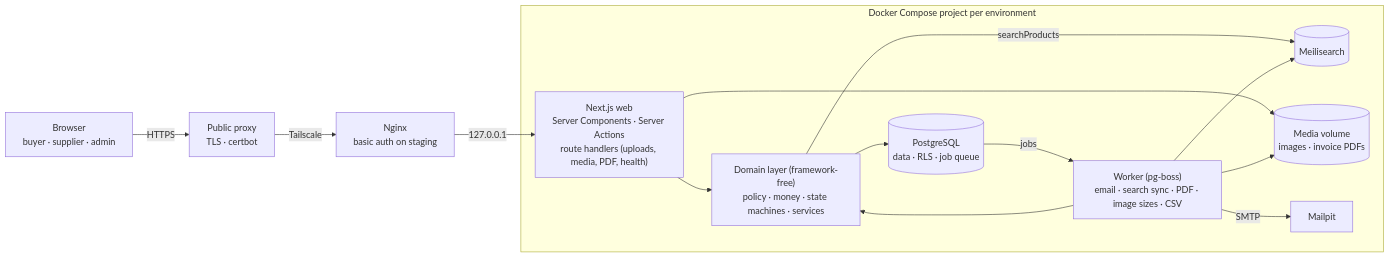
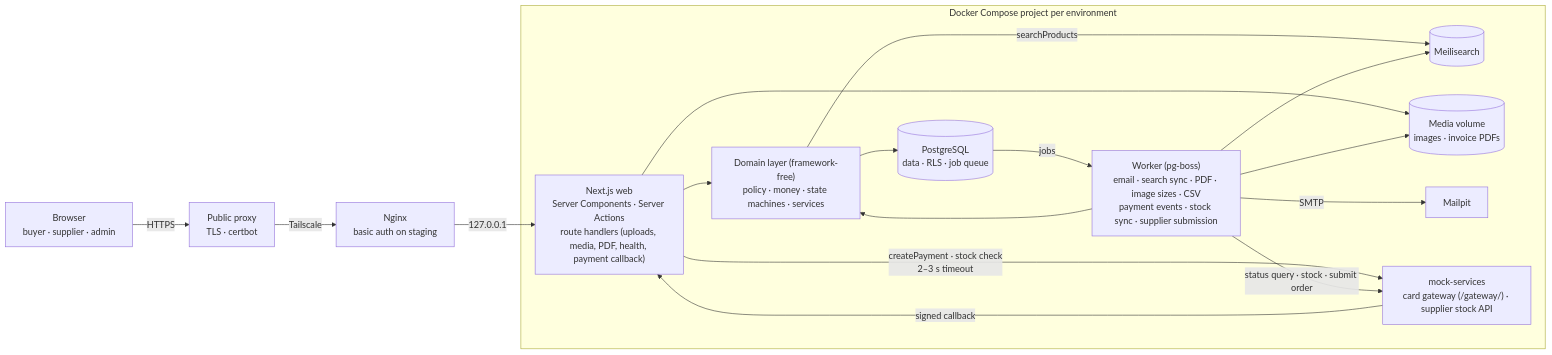
The first of 2 diagrams in README.md (horeca-ai-dev/horeca-marketplace), drawn with Mermaid before and after one commit. The commit also changed other lines of this file, not shown here.

Commit message:
docs: describe purchase modes, card payments and supplier stock in README

````diff
--- a/README.md
+++ b/README.md
@@ -54,18 +68,22 @@
 ```mermaid
 flowchart LR
   U[Browser<br/>buyer · supplier · admin] -->|HTTPS| PX[Public proxy<br/>TLS · certbot]
   PX -->|Tailscale| NG[Nginx<br/>basic auth on staging]
   NG -->|127.0.0.1| WEB
   subgraph APP[Docker Compose project per environment]
-    WEB["Next.js web<br/>Server Components · Server Actions<br/>route handlers (uploads, media, PDF, health)"]
+    WEB["Next.js web<br/>Server Components · Server Actions<br/>route handlers (uploads, media, PDF, health, payment callback)"]
     WEB --> DOM["Domain layer (framework-free)<br/>policy · money · state machines · services"]
-    WRK["Worker (pg-boss)<br/>email · search sync · PDF · image sizes · CSV"] --> DOM
+    WRK["Worker (pg-boss)<br/>email · search sync · PDF · image sizes · CSV<br/>payment events · stock sync · supplier submission"] --> DOM
     DOM --> PG[(PostgreSQL<br/>data · RLS · job queue)]
     PG -->|jobs| WRK
     DOM -->|searchProducts| MS[(Meilisearch)]
     WRK --> MS
     WEB --> MV[(Media volume<br/>images · invoice PDFs)]
     WRK --> MV
     WRK -->|SMTP| MAIL[Mailpit]
+    MOCK["mock-services<br/>card gateway (/gateway/) · supplier stock API"]
+    WEB -->|createPayment · stock check<br/>2–3 s timeout| MOCK
+    MOCK -->|signed callback| WEB
+    WRK -->|status query · stock · submit order| MOCK
   end
 ```
````
